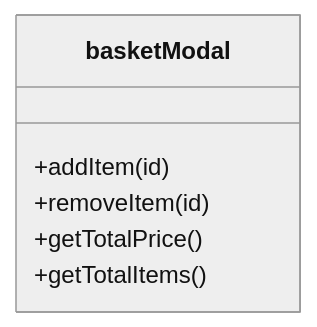
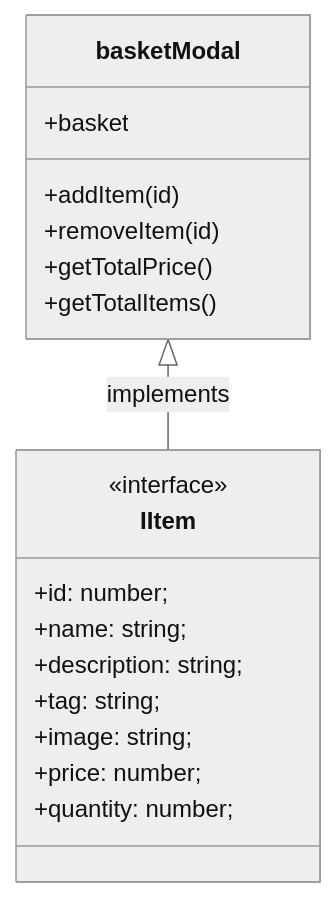
Before and after one commit to Kroti7/web-larek-frontend: the diagram in README.md, drawn with Mermaid (neutral theme).

Commit message:
Improving(and live testing) README

````diff
--- a/README.md
+++ b/README.md
@@ -49,8 +49,23 @@
 ```mermaid
 classDiagram
-    class basketModal
-    basketModal : +addItem(id)
-    basketModal : +removeItem(id)
-    basketModal : +getTotalPrice()
-    basketModal : +getTotalItems()
+  basketModal <|-- IItem : implements
+  class basketModal {
+    +basket
+    +addItem(id)
+    +removeItem(id)
+    +getTotalPrice()
+    +getTotalItems()
+  }
+
+  class IItem {
+    <<interface>>
+    +id: number;
+    +name: string;
+    +description: string;
+    +tag: string;
+    +image: string;
+    +price: number;
+    +quantity: number;
+  }
+
 ```
````
